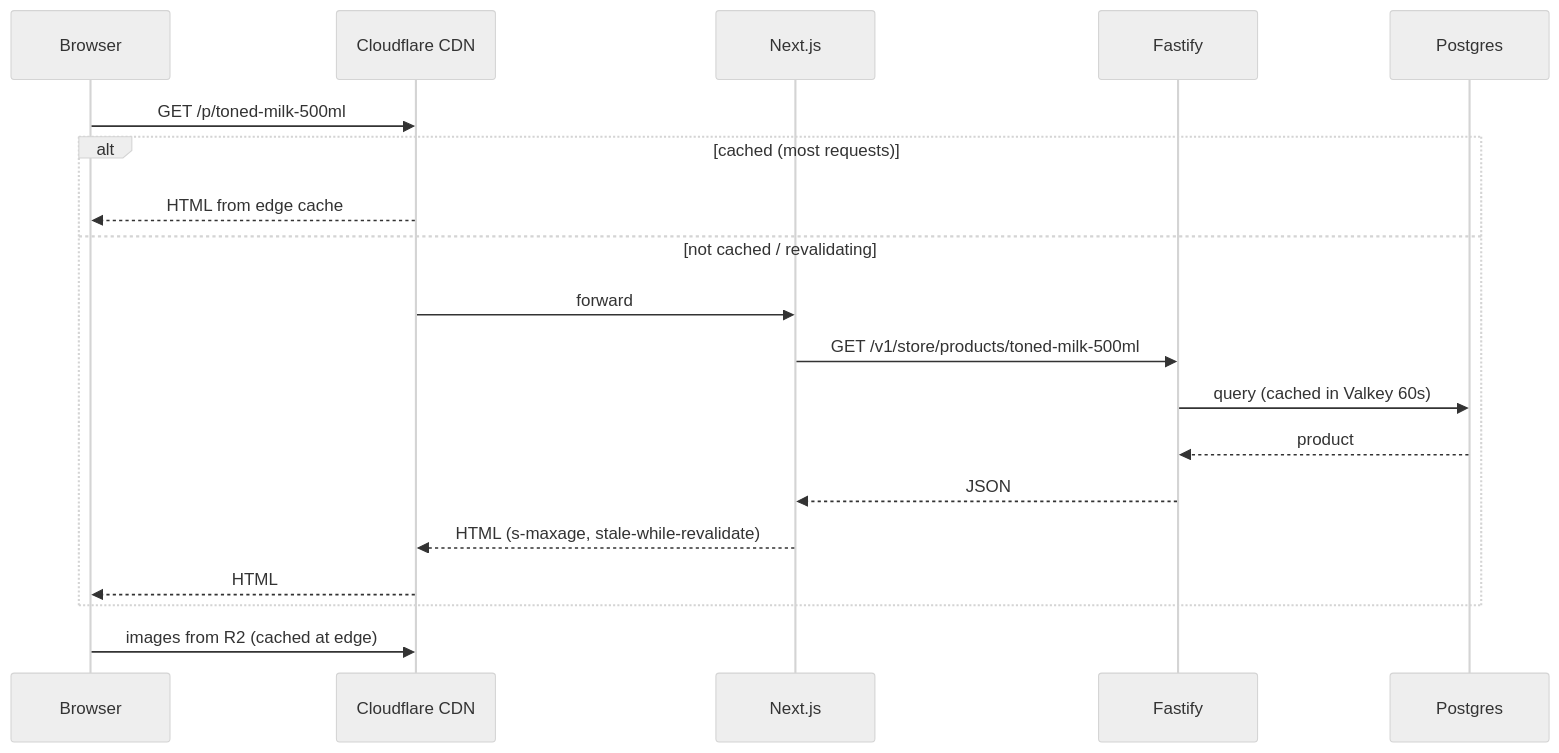
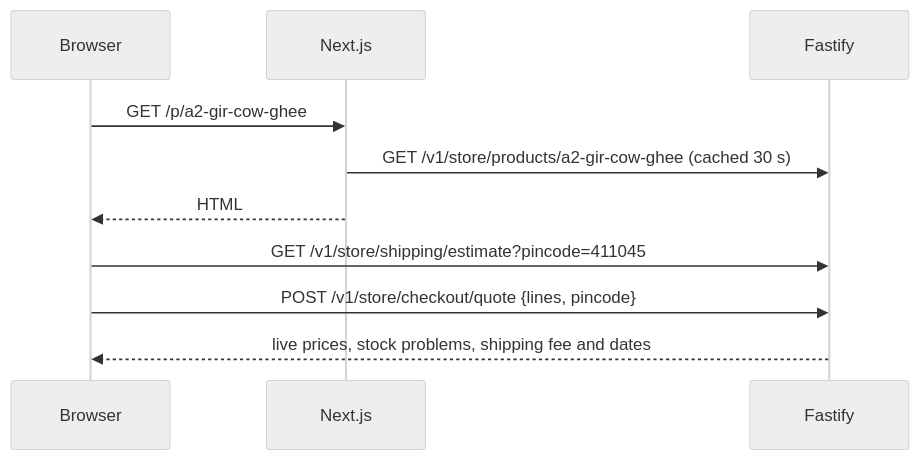
One commit to nishant2024-app/ecom changed the second of 4 diagrams in docs/02-architecture.md. Above: the diagram before and after it, drawn with Mermaid (neutral theme). The commit also changed other lines of this file and 52 other files, not shown here.

````diff
--- a/docs/02-architecture.md
+++ b/docs/02-architecture.md
@@ -111,21 +65,12 @@
 ```mermaid
 sequenceDiagram
   participant B as Browser
-  participant CF as Cloudflare CDN
   participant N as Next.js
   participant API as Fastify
-  participant PG as Postgres
-  B->>CF: GET /p/toned-milk-500ml
-  alt cached (most requests)
-    CF-->>B: HTML from edge cache
-  else not cached / revalidating
-    CF->>N: forward
-    N->>API: GET /v1/store/products/toned-milk-500ml
-    API->>PG: query (cached in Valkey 60s)
-    PG-->>API: product
-    API-->>N: JSON
-    N-->>CF: HTML (s-maxage, stale-while-revalidate)
-    CF-->>B: HTML
-  end
-  B->>CF: images from R2 (cached at edge)
+  B->>N: GET /p/a2-gir-cow-ghee
+  N->>API: GET /v1/store/products/a2-gir-cow-ghee (cached 30 s)
+  N-->>B: HTML
+  B->>API: GET /v1/store/shipping/estimate?pincode=411045
+  B->>API: POST /v1/store/checkout/quote {lines, pincode}
+  API-->>B: live prices, stock problems, shipping fee and dates
 ```
````
